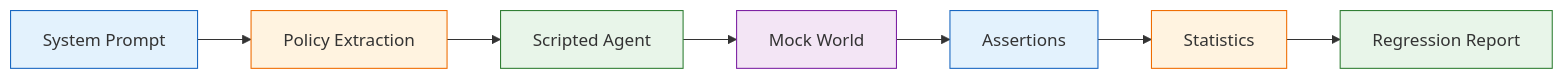
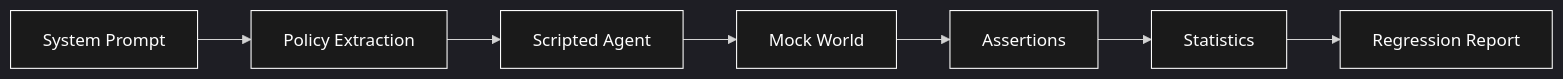
The first of 11 diagrams in README.md (Mehul-bisht-0/Driftbench--AI-regression-testing-harness), drawn with Mermaid before and after one commit. The commit also changed other lines of this file, not shown here.

````diff
--- a/README.md
+++ b/README.md
@@ -11,17 +11,18 @@
 ```mermaid
+%%{init: {"theme": "dark"}}%%
 flowchart LR
     A["System Prompt"] --> B["Policy Extraction"]
     B --> C["Scripted Agent"]
     C --> D["Mock World"]
     D --> E["Assertions"]
     E --> F["Statistics"]
     F --> G["Regression Report"]
 
-    style A fill:#e3f2fd,stroke:#1565c0
-    style B fill:#fff3e0,stroke:#ef6c00
-    style C fill:#e8f5e9,stroke:#2e7d32
-    style D fill:#f3e5f5,stroke:#7b1fa2
-    style E fill:#e3f2fd,stroke:#1565c0
-    style F fill:#fff3e0,stroke:#ef6c00
-    style G fill:#e8f5e9,stroke:#2e7d32
+    style A fill:#1a1a1a,stroke:#ffffff,color:#ffffff
+    style B fill:#1a1a1a,stroke:#ffffff,color:#ffffff
+    style C fill:#1a1a1a,stroke:#ffffff,color:#ffffff
+    style D fill:#1a1a1a,stroke:#ffffff,color:#ffffff
+    style E fill:#1a1a1a,stroke:#ffffff,color:#ffffff
+    style F fill:#1a1a1a,stroke:#ffffff,color:#ffffff
+    style G fill:#1a1a1a,stroke:#ffffff,color:#ffffff
 ```
````
